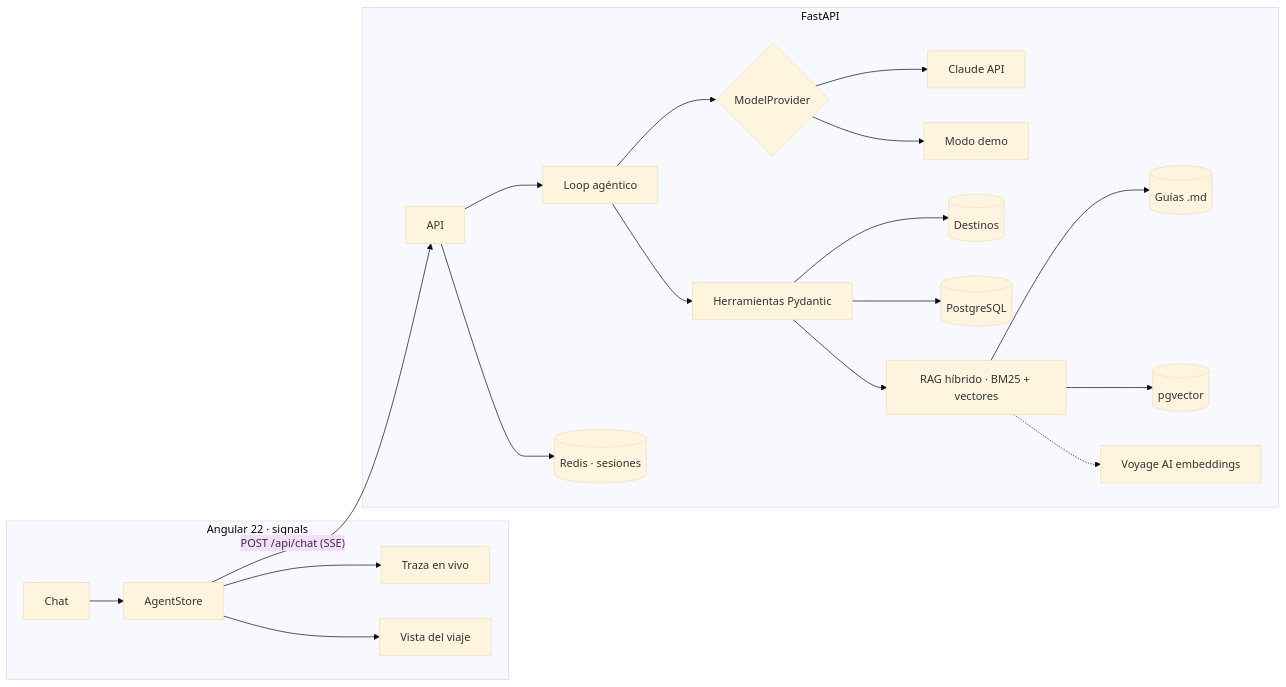
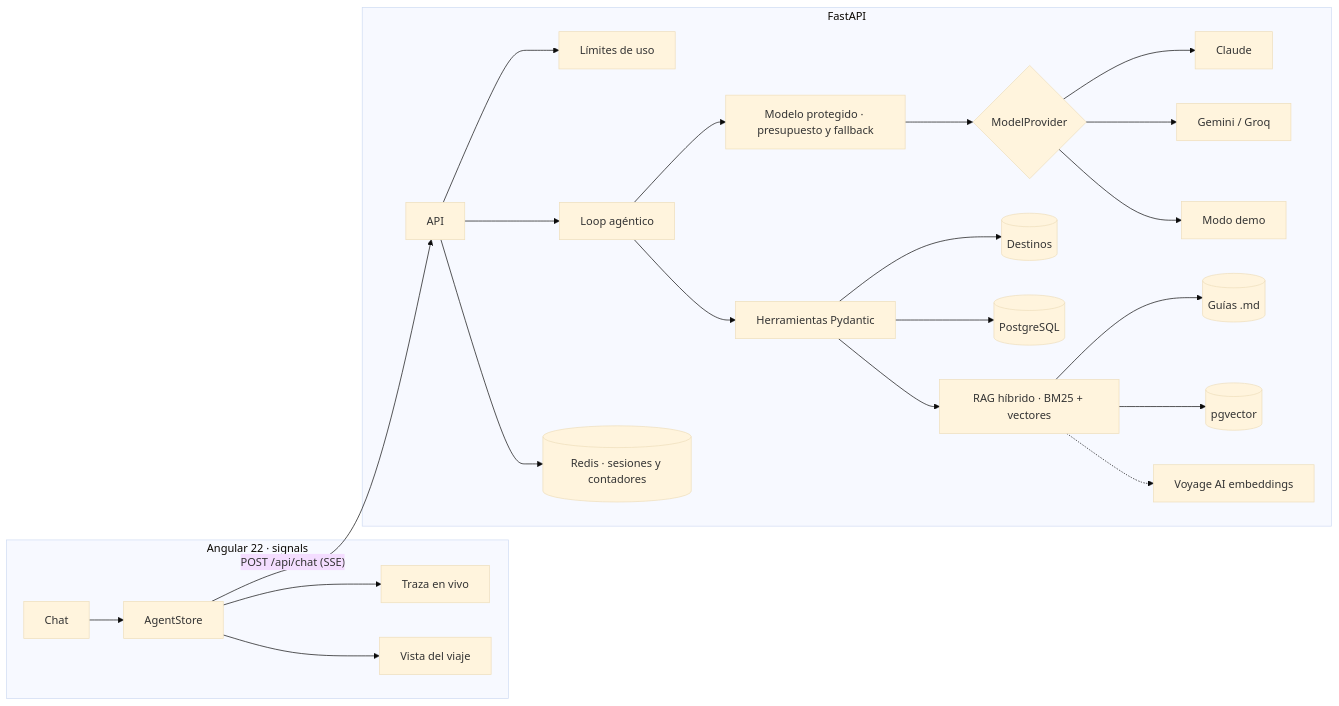
The first of 3 diagrams in README.md (Binteak/rumbo-ai), drawn with Mermaid (base theme) before and after one commit. The commit also changed other lines of this file, not shown here.

First line of the commit message:
README: qué hace, stack, API, guardarraíles, versiones, limitaciones y próximos pasos

````diff
--- a/README.md
+++ b/README.md
@@ -25,23 +46,26 @@
 ```mermaid
 flowchart LR
   subgraph Frontend [Angular 22 · signals]
     Chat[Chat] --> Store[AgentStore]
     Store --> Trace[Traza en vivo]
     Store --> Trip[Vista del viaje]
   end
   Store -- "POST /api/chat (SSE)" --> API
   subgraph Backend [FastAPI]
-    API[API] --> Loop[Loop agéntico]
-    Loop --> Provider{ModelProvider}
-    Provider --> Claude[Claude API]
+    API[API] --> Limits[Límites de uso]
+    API --> Loop[Loop agéntico]
+    Loop --> Guard[Modelo protegido · presupuesto y fallback]
+    Guard --> Provider{ModelProvider}
+    Provider --> Claude[Claude]
+    Provider --> OAI[Gemini / Groq]
     Provider --> Demo[Modo demo]
     Loop --> Tools[Herramientas Pydantic]
     Tools --> Data[(Destinos)]
     Tools --> DB[(PostgreSQL)]
     Tools --> RAG[RAG híbrido · BM25 + vectores]
     RAG --> Guides[(Guías .md)]
     RAG --> PGV[(pgvector)]
     RAG -.-> Voyage[Voyage AI embeddings]
-    API --> Redis[(Redis · sesiones)]
+    API --> Redis[(Redis · sesiones y contadores)]
   end
 ```
````
